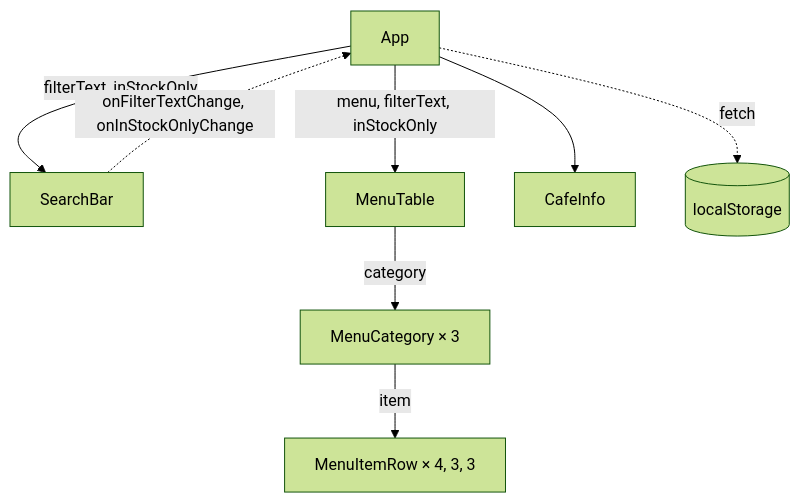
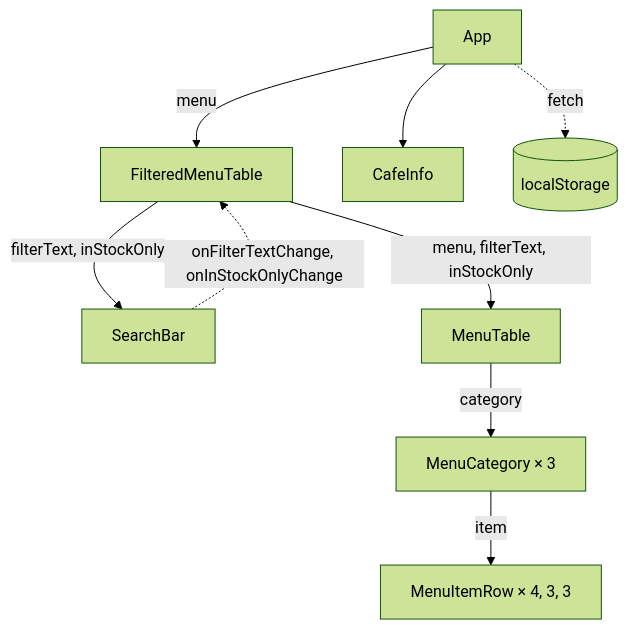
Before and after one commit to bohdanlutsiuk/react-labs: the diagram in lab-4/README.md, drawn with Mermaid (forest theme). The commit also changed other lines of this file, not shown here.

Commit message:
docs: compare renders before and after state colocation

````diff
--- a/lab-4/README.md
+++ b/lab-4/README.md
@@ -31,10 +31,11 @@
 ```mermaid
 flowchart TD
-  App --> |"filterText, inStockOnly"| SearchBar
-  App --> |"menu, filterText, inStockOnly"| MenuTable
+  App --> |menu| FilteredMenuTable
+  FilteredMenuTable --> |"filterText, inStockOnly"| SearchBar
+  FilteredMenuTable --> |"menu, filterText, inStockOnly"| MenuTable
   App --> CafeInfo
-  SearchBar -.-> |"onFilterTextChange, onInStockOnlyChange"| App
+  SearchBar -.-> |"onFilterTextChange, onInStockOnlyChange"| FilteredMenuTable
   App -.-> |fetch| Server[("localStorage")]
   MenuTable --> |category| MenuCategory["MenuCategory × 3"]
   MenuCategory --> |item| MenuItemRow["MenuItemRow × 4, 3, 3"]
 ```
````
